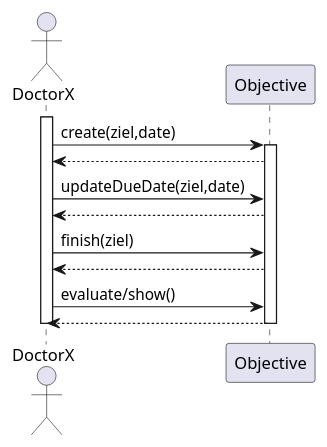
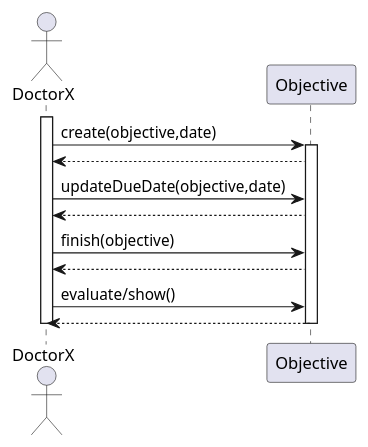
One commit to thetractor/ch.bfh.bti7081.s2019.orange changed the diagram in doc/task4/Zielerfassen.puml. Above: the diagram before and after it, drawn with PlantUML. The commit also changed 2 other files, not shown here.

Commit message:
Fix: Changed spelling, optimized UML

```diff
--- a/doc/task4/Zielerfassen.puml
+++ b/doc/task4/Zielerfassen.puml
@@ -1,25 +1,24 @@
 @startuml
 
 actor DoctorX
 
 participant Objective
 
 activate DoctorX
 
-DoctorX -> Objective : create(ziel,date)
+DoctorX -> Objective : create(objective,date)
 activate Objective
 Objective --> DoctorX
 
-
-DoctorX -> Objective : updateDueDate(ziel,date)
+DoctorX -> Objective : updateDueDate(objective,date)
 Objective --> DoctorX
 
-DoctorX -> Objective : finish(ziel)
+DoctorX -> Objective : finish(objective)
 Objective --> DoctorX
 
 DoctorX -> Objective : evaluate/show()
 Objective --> DoctorX
 
 deactivate Objective
 deactivate DoctorX
 @enduml
```
